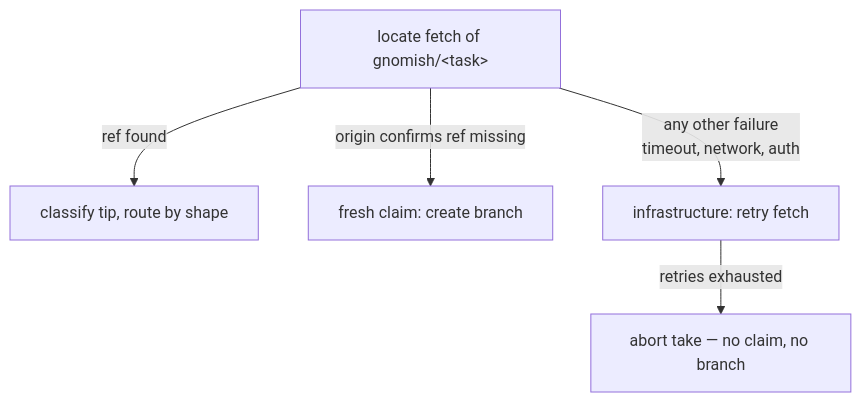
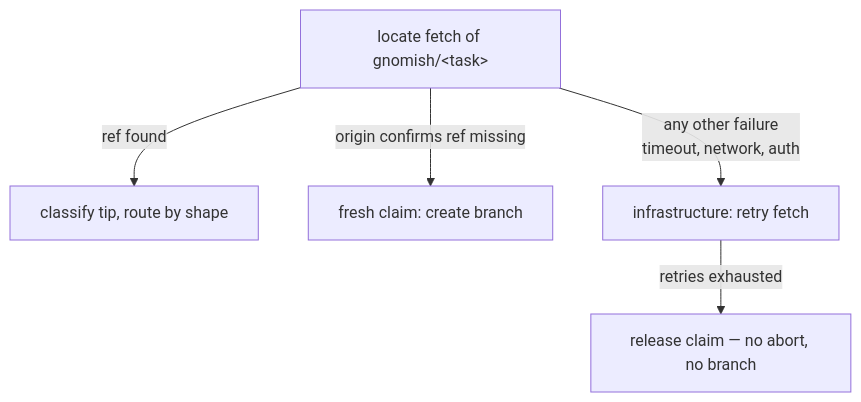
Before and after one commit to oinsio/gnomish-factory: the diagram in openspec/specs/tracker/tracker-take/spec.md, drawn with Mermaid. The commit also changed other lines of this file and 98 other files, not shown here.

````diff
--- a/openspec/specs/tracker/tracker-take/spec.md
+++ b/openspec/specs/tracker/tracker-take/spec.md
@@ -607,8 +678,8 @@
 ```mermaid
 flowchart TD
     L["locate fetch of gnomish/&lt;task&gt;"]
     L -->|ref found| S["classify tip, route by shape"]
     L -->|origin confirms ref missing| F["fresh claim: create branch"]
     L -->|any other failure<br/>timeout, network, auth| I["infrastructure: retry fetch"]
-    I -->|retries exhausted| A["abort take — no claim, no branch"]
+    I -->|retries exhausted| A["release claim — no abort, no branch"]
 ```
````
